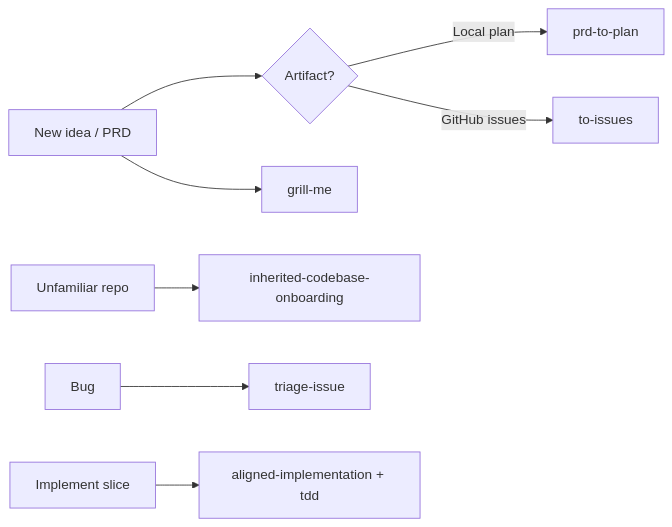
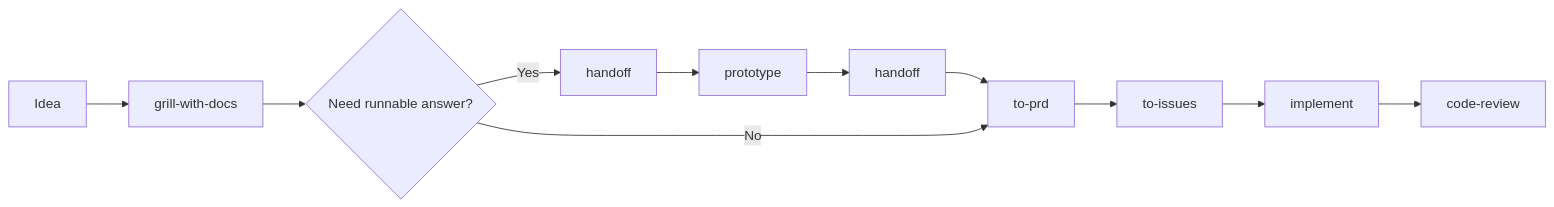
The diagram in docs/docs/getting-started.md (maccalsa/skills), drawn with Mermaid before and after one commit. The commit also changed other lines of this file and 198 other files, not shown here.

````diff
--- a/docs/docs/getting-started.md
+++ b/docs/docs/getting-started.md
@@ -23,10 +55,13 @@
 ```mermaid
 flowchart LR
-  A[New idea / PRD] --> B{Artifact?}
-  B -->|Local plan| C[prd-to-plan]
-  B -->|GitHub issues| D[to-issues]
-  A --> E[grill-me]
-  F[Unfamiliar repo] --> G[inherited-codebase-onboarding]
-  H[Bug] --> I[triage-issue]
-  J[Implement slice] --> K[aligned-implementation + tdd]
+  idea[Idea] --> grill[grill-with-docs]
+  grill --> decision{Need runnable answer?}
+  decision -->|Yes| handoff1[handoff]
+  handoff1 --> proto[prototype]
+  proto --> handoff2[handoff]
+  handoff2 --> prd[to-prd]
+  decision -->|No| prd
+  prd --> issues[to-issues]
+  issues --> implement[implement]
+  implement --> review[code-review]
 ```
````
